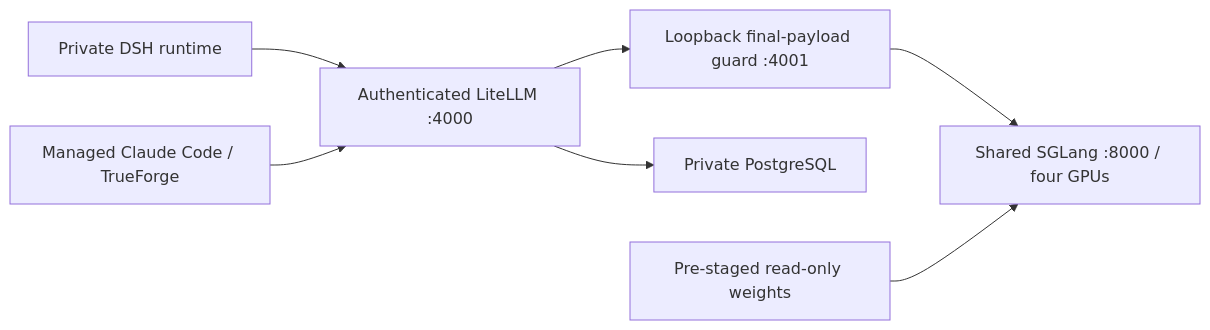
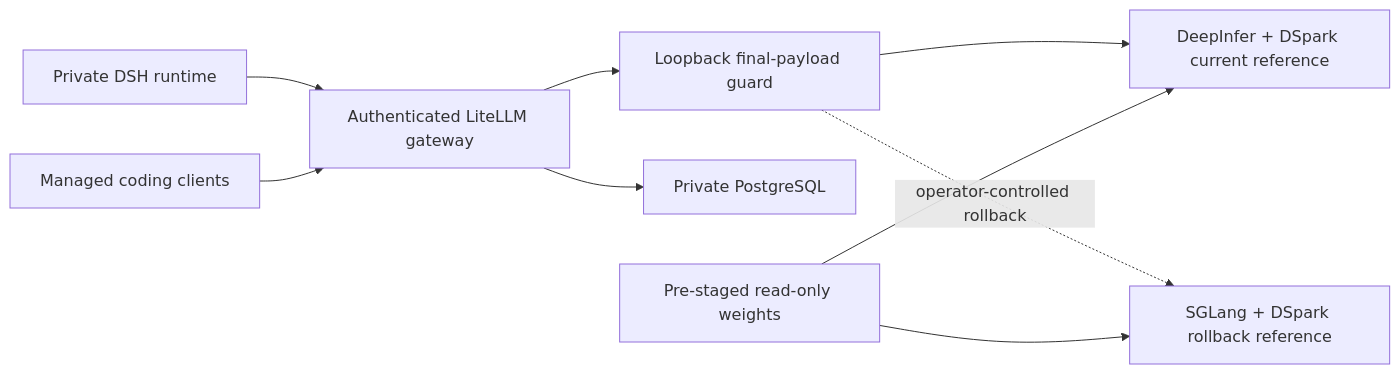
One commit to skunpoj/dsh_setup changed the diagram in gpu-stack/README.md. Above: the diagram before and after it, drawn with Mermaid. The commit also changed other lines of this file and 10 other files, not shown here.

````diff
--- a/gpu-stack/README.md
+++ b/gpu-stack/README.md
@@ -34,9 +45,11 @@
 ```mermaid
 flowchart LR
-  D[Private DSH runtime] --> L[Authenticated LiteLLM :4000]
-  C[Managed Claude Code / TrueForge] --> L
-  L --> F[Loopback final-payload guard :4001]
-  F --> S[Shared SGLang :8000 / four GPUs]
+  D[Private DSH runtime] --> L[Authenticated LiteLLM gateway]
+  C[Managed coding clients] --> L
+  L --> F[Loopback final-payload guard]
+  F --> DI[DeepInfer + DSpark current reference]
+  F -. operator-controlled rollback .-> SG[SGLang + DSpark rollback reference]
   L --> P[Private PostgreSQL]
-  W[Pre-staged read-only weights] --> S
+  W[Pre-staged read-only weights] --> DI
+  W --> SG
 ```
````
